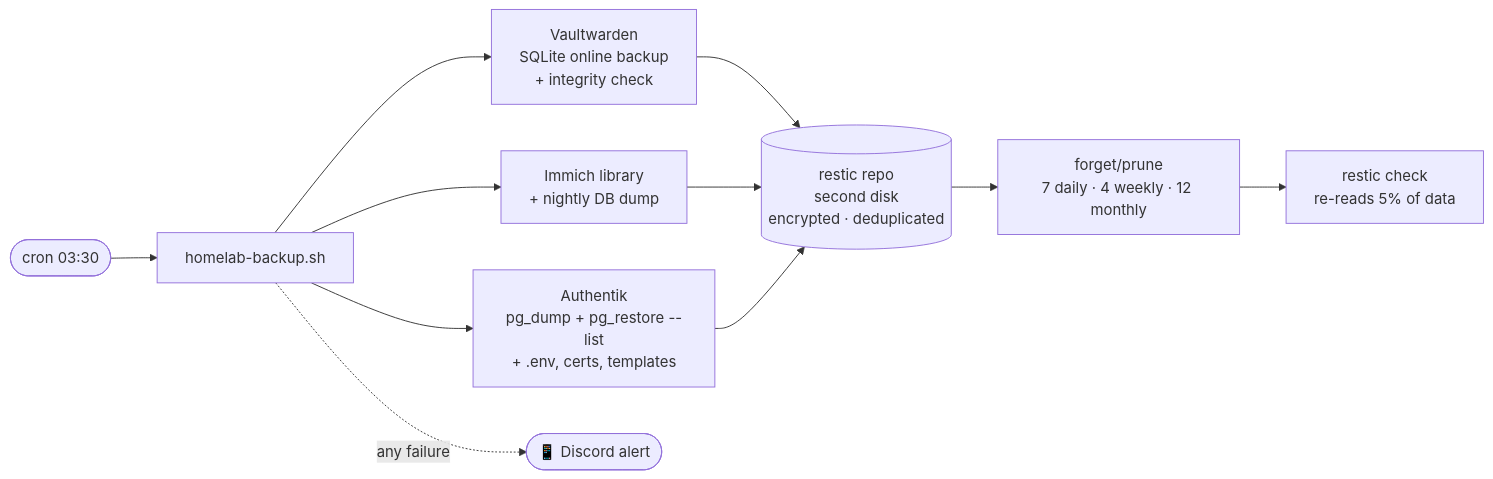
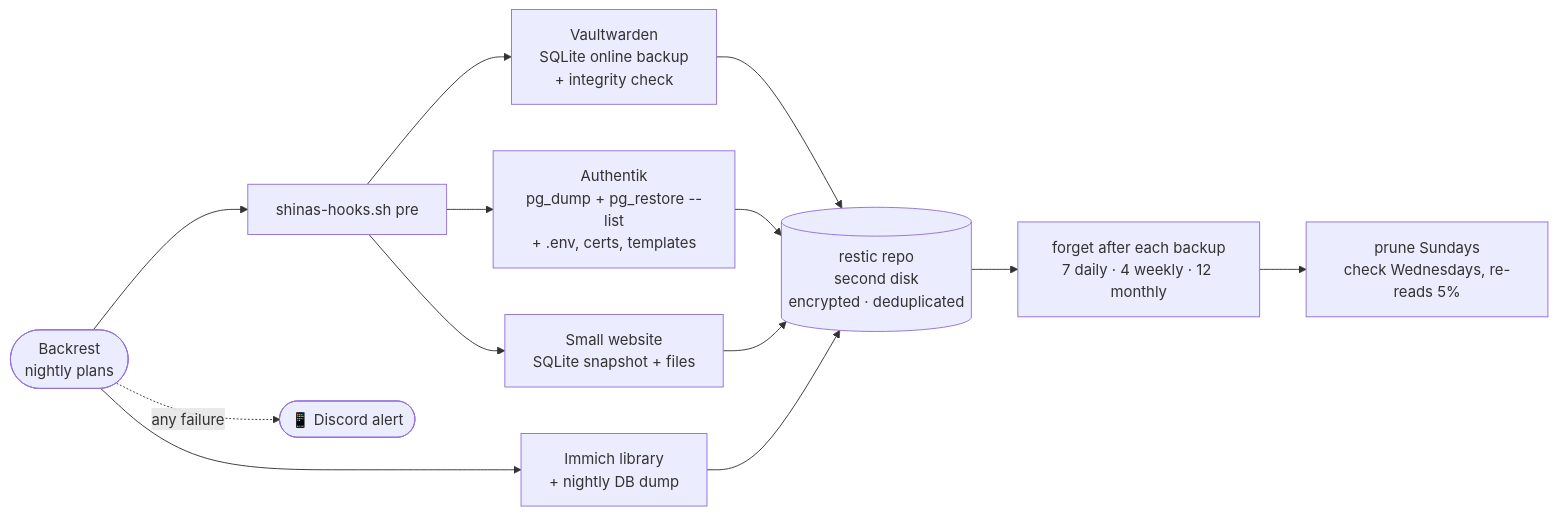
Before and after one commit to Shineori/homelab: the first of 3 diagrams in docs/infrastructure/backups.md, drawn with Mermaid. The commit also changed other lines of this file and 6 other files, not shown here.

First line of the commit message:
Add Backrest: one dashboard and scheduler for all restic backups

````diff
--- a/docs/infrastructure/backups.md
+++ b/docs/infrastructure/backups.md
@@ -35,13 +39,15 @@
 ```mermaid
 flowchart LR
-    cron([cron 03:30]) --> s[homelab-backup.sh]
-    s --> v[Vaultwarden<br/>SQLite online backup<br/>+ integrity check]
-    s --> i[Immich library<br/>+ nightly DB dump]
-    s --> a[Authentik<br/>pg_dump + pg_restore --list<br/>+ .env, certs, templates]
+    b([Backrest<br/>nightly plans]) --> h[shinas-hooks.sh pre]
+    h --> v[Vaultwarden<br/>SQLite online backup<br/>+ integrity check]
+    h --> a[Authentik<br/>pg_dump + pg_restore --list<br/>+ .env, certs, templates]
+    h --> w[Small website<br/>SQLite snapshot + files]
+    b --> i[Immich library<br/>+ nightly DB dump]
     v --> r[(restic repo<br/>second disk<br/>encrypted · deduplicated)]
+    a --> r
+    w --> r
     i --> r
-    a --> r
-    r --> k[forget/prune<br/>7 daily · 4 weekly · 12 monthly]
-    k --> c[restic check<br/>re-reads 5% of data]
-    s -. any failure .-> d([📱 Discord alert])
+    r --> k[forget after each backup<br/>7 daily · 4 weekly · 12 monthly]
+    k --> p[prune Sundays<br/>check Wednesdays, re-reads 5%]
+    b -. any failure .-> d([📱 Discord alert])
 ```
````
